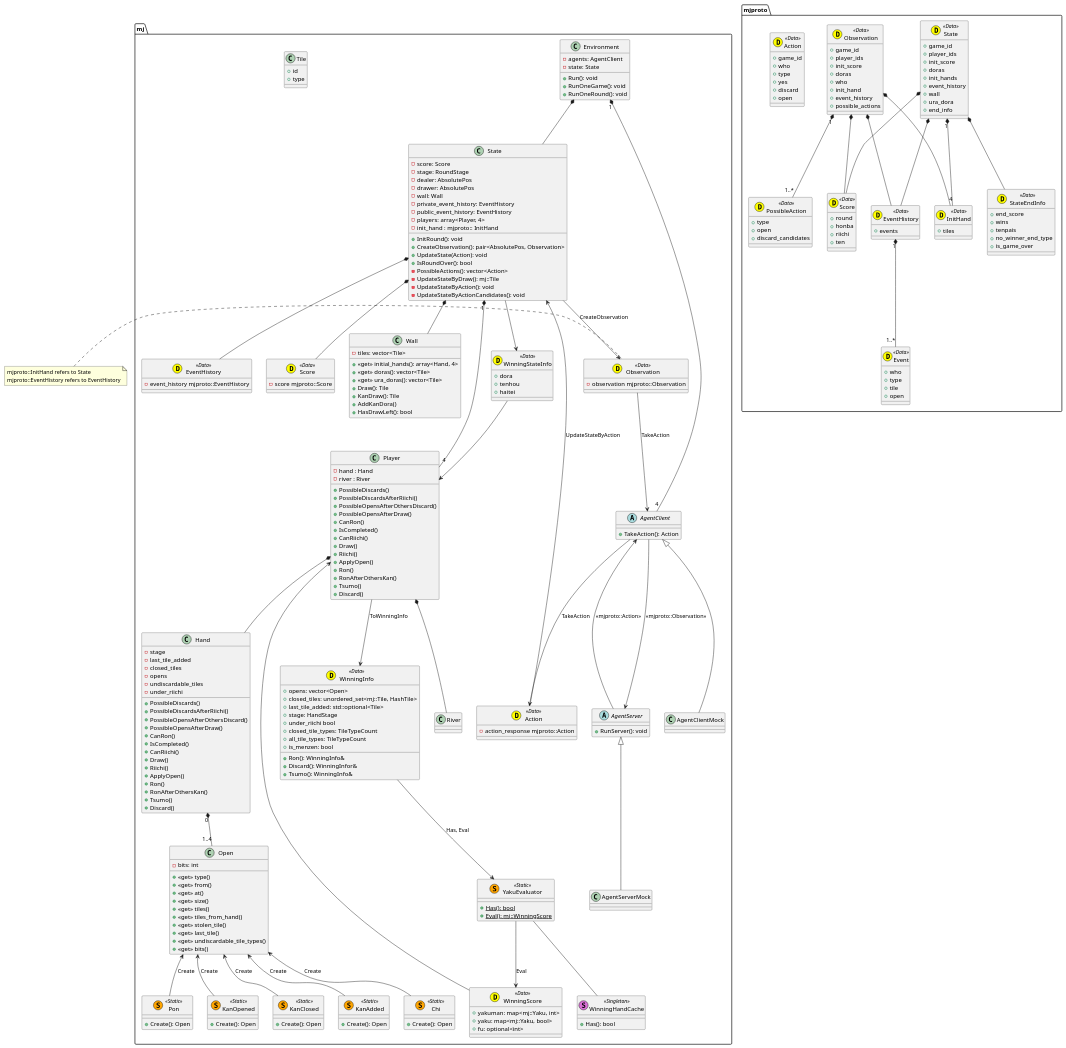
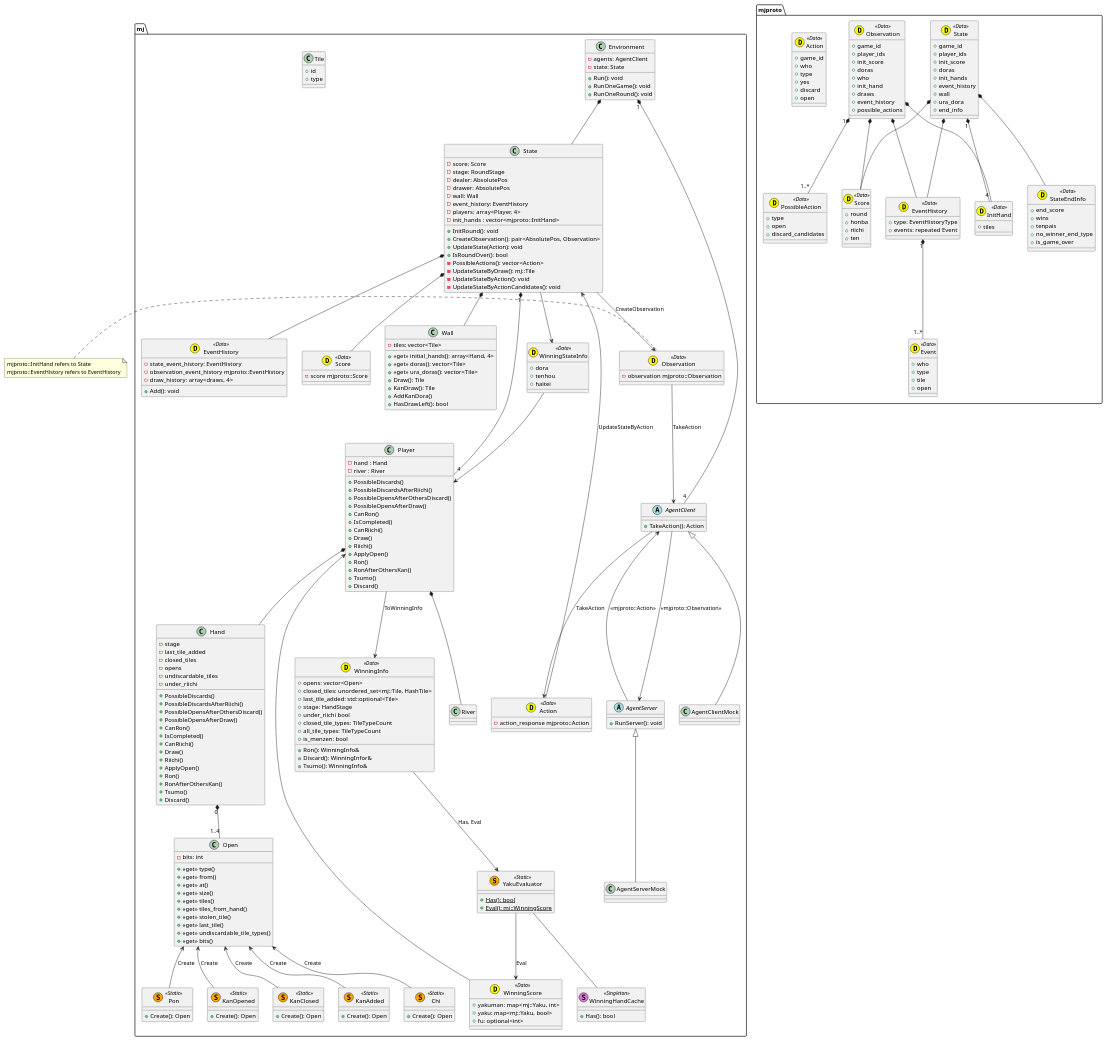
One commit to mjx-project/mjx changed the diagram in plantuml/diagram.pu. Above: the diagram before and after it, drawn with PlantUML.

Commit message:
update architecture diagram

```diff
--- a/plantuml/diagram.pu
+++ b/plantuml/diagram.pu
@@ -17,7 +17,8 @@
 }
 
 class mjproto::EventHistory <<(D,yellow) Data>> {
-  + events
+  + type: EventHistoryType
+  + events: repeated Event
 }
 
 class mjproto::InitHand <<(D,yellow) Data>> {
@@ -56,7 +57,8 @@
   + init_score
   + doras
   + who
-  + init_hand 
+  + init_hand
+  + draws
   + event_history
   + possible_actions
 }
@@ -132,10 +134,9 @@
     - dealer: AbsolutePos
     - drawer: AbsolutePos
     - wall: Wall
-    - private_event_history: EventHistory
-    - public_event_history: EventHistory
+    - event_history: EventHistory
     - players: array<Player, 4>
-    - init_hand : mjproto:: InitHand
+    - init_hands : vector<mjproto::InitHand>
     + InitRound(): void
     + CreateObservation(): pair<AbsolutePos, Observation>
     + UpdateState(Action): void
@@ -174,7 +175,10 @@
 end note
 
 class mj::EventHistory <<(D,yellow) Data>> {
-    - event_history mjproto::EventHistory
+    - state_event_history: EventHistory
+    - observation_event_history mjproto::EventHistory
+    - draw_history: array<draws, 4>
+    + Add(): void
 }
 
 abstract class mj::AgentClient {
```
